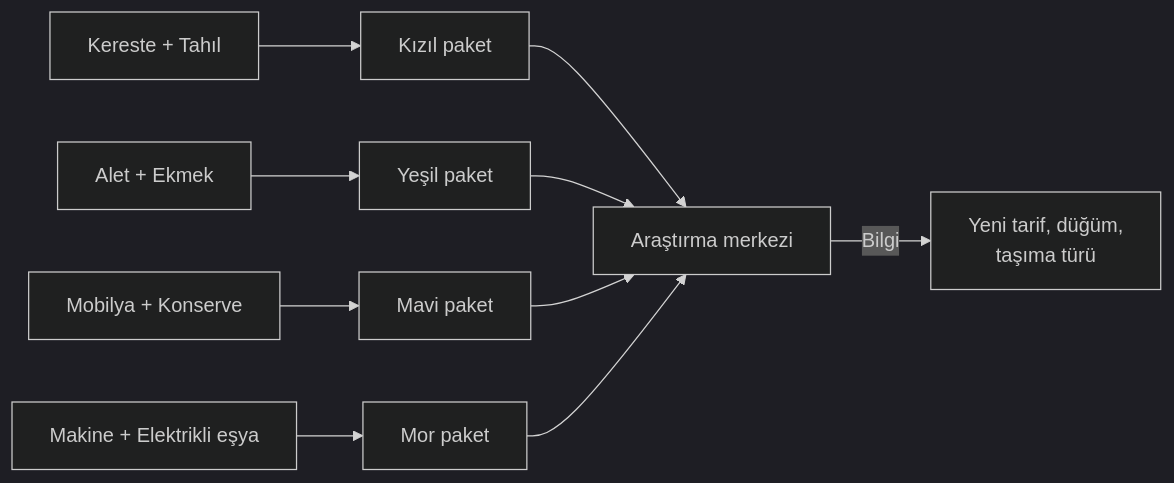
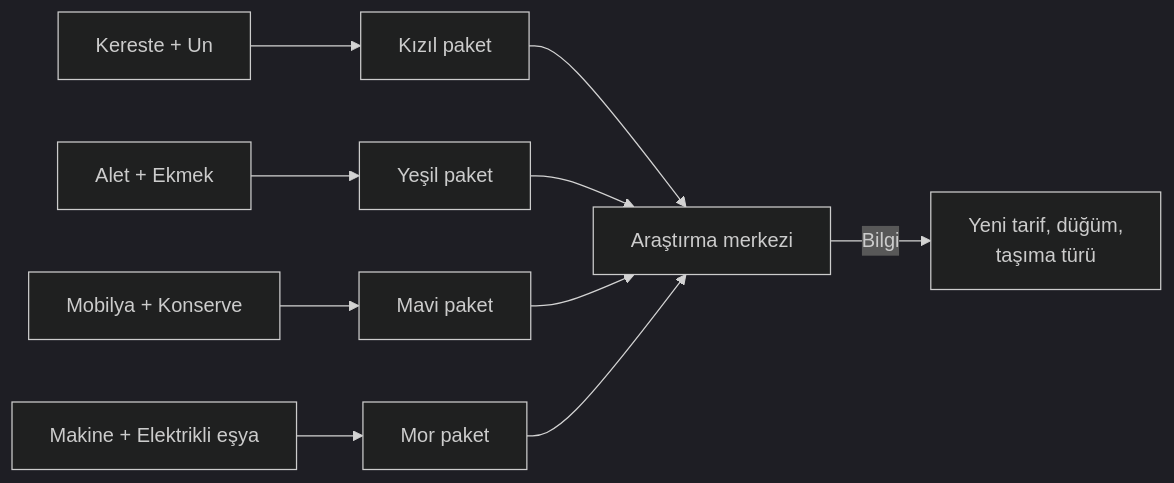
One commit to sgtdali/flowgame changed the second of 2 diagrams in game_design/TASARIM_DOKUMANI.md. Above: the diagram before and after it, drawn with Mermaid (dark theme). The commit also changed other lines of this file and 2 other files, not shown here.

````diff
--- a/game_design/TASARIM_DOKUMANI.md
+++ b/game_design/TASARIM_DOKUMANI.md
@@ -138,12 +145,12 @@
 ```mermaid
 flowchart LR
-    M1[Kereste + Tahıl] --> P1[Kızıl paket]
+    M1[Kereste + Un] --> P1[Kızıl paket]
     M2[Alet + Ekmek] --> P2[Yeşil paket]
     M3[Mobilya + Konserve] --> P3[Mavi paket]
     M4[Makine + Elektrikli eşya] --> P4[Mor paket]
     P1 --> A[Araştırma merkezi]
     P2 --> A
     P3 --> A
     P4 --> A
     A -->|Bilgi| T[Yeni tarif, düğüm,<br/>taşıma türü]
 ```
````
